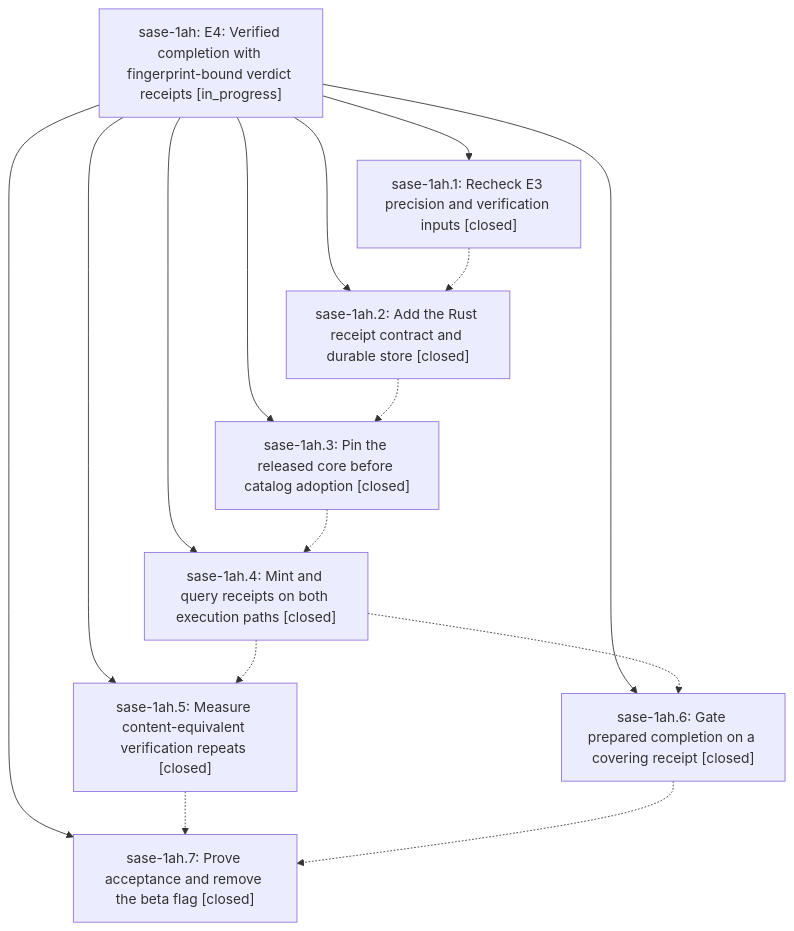
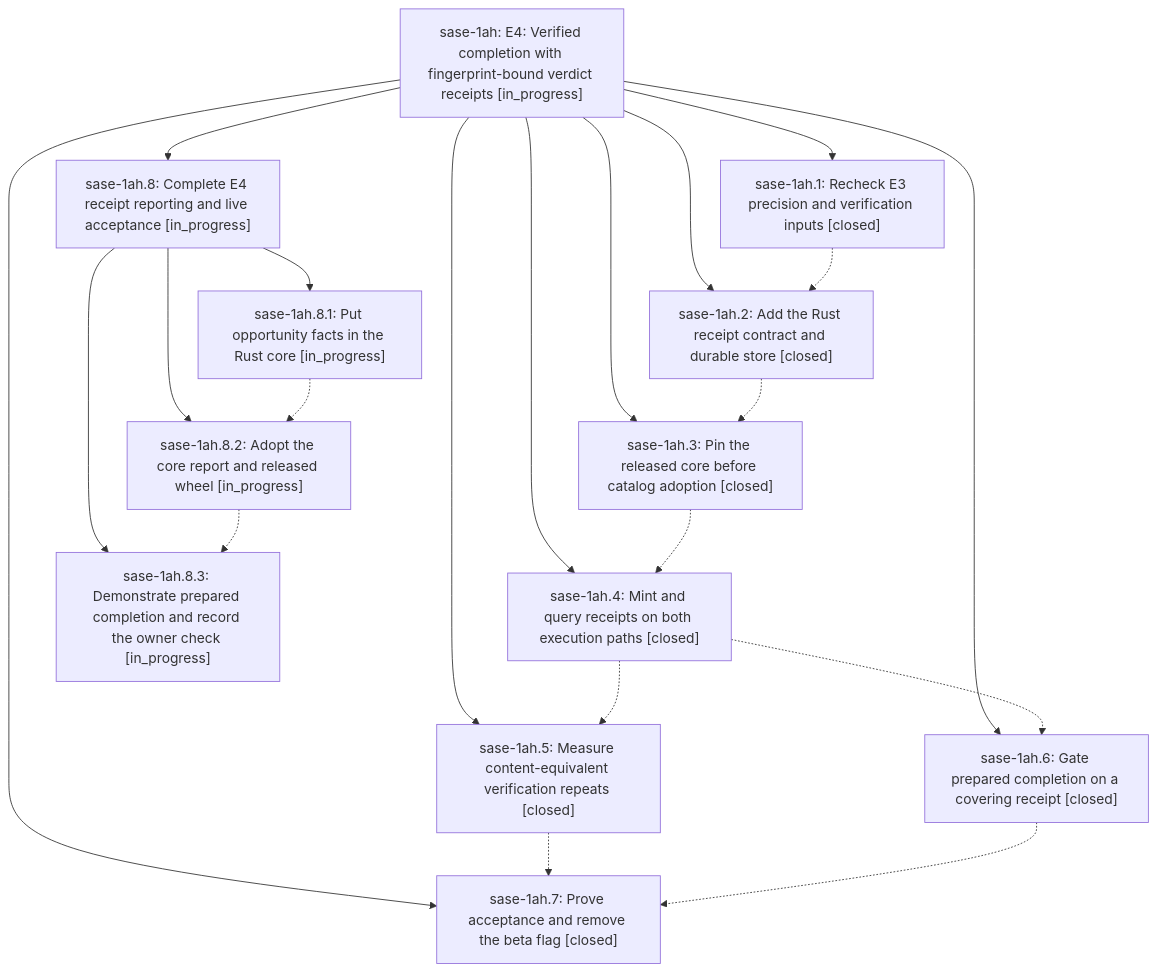
One commit to sase-org/sase--beads changed the diagram in pages/sase-1ah/README.md. Above: the diagram before and after it, drawn with Mermaid. The commit also changed other lines of this file and 11 other files, not shown here.

````diff
--- a/pages/sase-1ah/README.md
+++ b/pages/sase-1ah/README.md
@@ -28,25 +48,35 @@
 ```mermaid
 flowchart TD
     n0["sase-1ah: E4: Verified completion with fingerprint-bound verdict receipts [in_progress]"]
     n1["sase-1ah.1: Recheck E3 precision and verification inputs [closed]"]
     n2["sase-1ah.2: Add the Rust receipt contract and durable store [closed]"]
     n3["sase-1ah.3: Pin the released core before catalog adoption [closed]"]
     n4["sase-1ah.4: Mint and query receipts on both execution paths [closed]"]
     n5["sase-1ah.5: Measure content-equivalent verification repeats [closed]"]
     n6["sase-1ah.6: Gate prepared completion on a covering receipt [closed]"]
     n7["sase-1ah.7: Prove acceptance and remove the beta flag [closed]"]
+    n8["sase-1ah.8: Complete E4 receipt reporting and live acceptance [in_progress]"]
+    n9["sase-1ah.8.1: Put opportunity facts in the Rust core [in_progress]"]
+    n10["sase-1ah.8.2: Adopt the core report and released wheel [in_progress]"]
+    n11["sase-1ah.8.3: Demonstrate prepared completion and record the owner check [in_progress]"]
     n0 --> n1
     n0 --> n2
     n0 --> n3
     n0 --> n4
     n0 --> n5
     n0 --> n6
     n0 --> n7
+    n0 --> n8
+    n8 --> n9
+    n8 --> n10
+    n8 --> n11
     n1 -.-> n2
     n2 -.-> n3
     n3 -.-> n4
     n4 -.-> n5
     n4 -.-> n6
     n5 -.-> n7
     n6 -.-> n7
+    n9 -.-> n10
+    n10 -.-> n11
 ```
````
